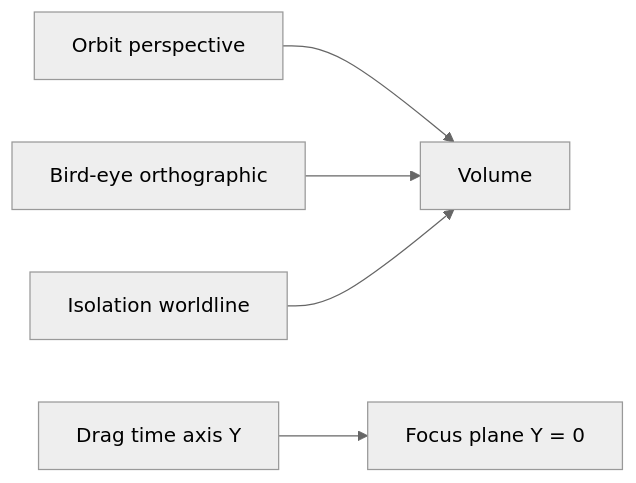
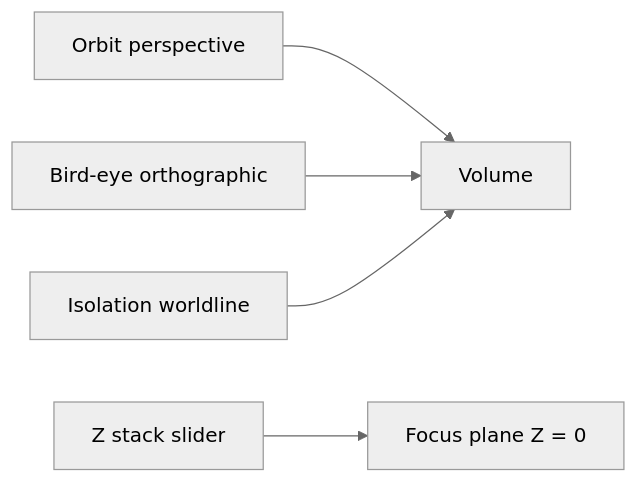
One commit to PiMaV/DONNER changed the sixth of 7 diagrams in architecture.md. Above: the diagram before and after it, drawn with Mermaid (neutral theme). The commit also changed other lines of this file and 17 other files, not shown here.

First line of the commit message:
Put time on a right-hand Z stack and number the playfield X/Y so axes match the product, not a Three.js gizmo.

````diff
--- a/architecture.md
+++ b/architecture.md
@@ -98,11 +109,11 @@
 ```mermaid
 flowchart LR
   orbit[Orbit perspective]
   bird[Bird-eye orthographic]
   iso[Isolation worldline]
-  scrub[Drag time axis Y]
+  scrub[Z stack slider]
   orbit --> volume[Volume]
   bird --> volume
   iso --> volume
-  scrub --> plane[Focus plane Y = 0]
+  scrub --> plane[Focus plane Z = 0]
 ```
````
